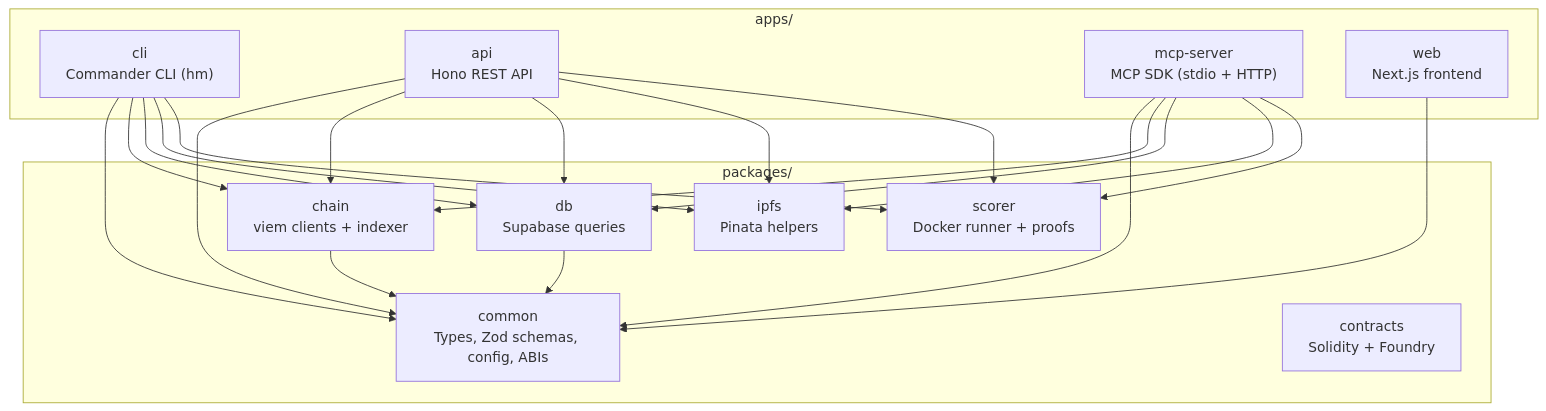
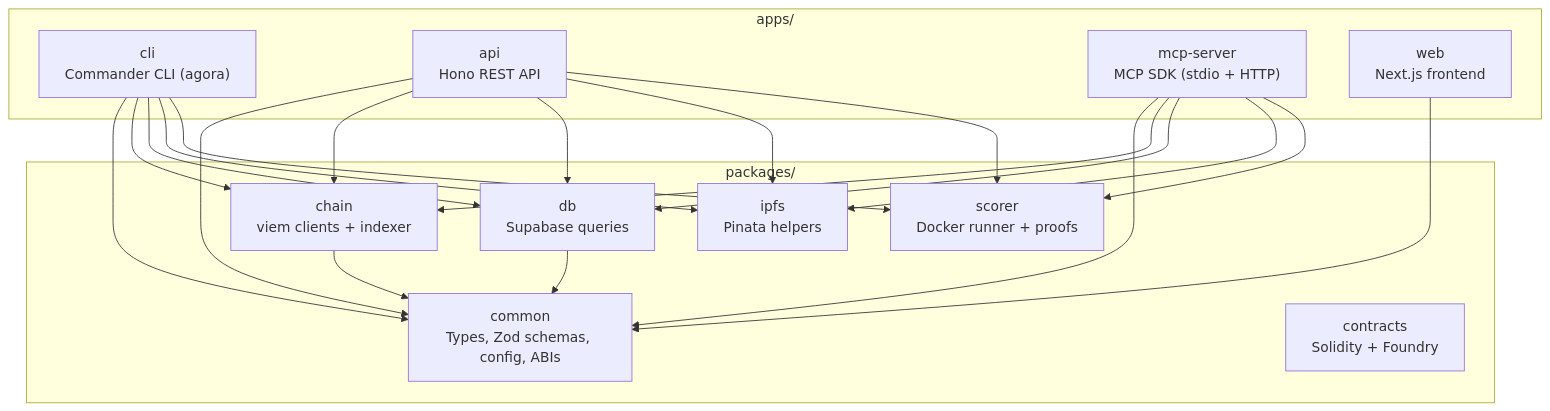
The ninth of 15 diagrams in docs/architecture.md (andymolecule/Agora), drawn with Mermaid before and after one commit. The commit also changed other lines of this file and 205 other files, not shown here.

````diff
--- a/docs/architecture.md
+++ b/docs/architecture.md
@@ -342,37 +342,37 @@
 ```mermaid
 flowchart TB
     subgraph apps["apps/"]
-        cli["cli<br/>Commander CLI (hm)"]
+        cli["cli<br/>Commander CLI (agora)"]
         api["api<br/>Hono REST API"]
         mcp["mcp-server<br/>MCP SDK (stdio + HTTP)"]
         web["web<br/>Next.js frontend"]
     end
 
     subgraph packages["packages/"]
         common["common<br/>Types, Zod schemas, config, ABIs"]
         contracts["contracts<br/>Solidity + Foundry"]
         chain["chain<br/>viem clients + indexer"]
         db["db<br/>Supabase queries"]
         ipfs["ipfs<br/>Pinata helpers"]
         scorer["scorer<br/>Docker runner + proofs"]
     end
 
     cli --> common
     cli --> chain
     cli --> db
     cli --> ipfs
     cli --> scorer
     api --> common
     api --> chain
     api --> db
     api --> ipfs
     api --> scorer
     mcp --> common
     mcp --> chain
     mcp --> db
     mcp --> ipfs
     mcp --> scorer
     web --> common
     chain --> common
     db --> common
 ```
````
